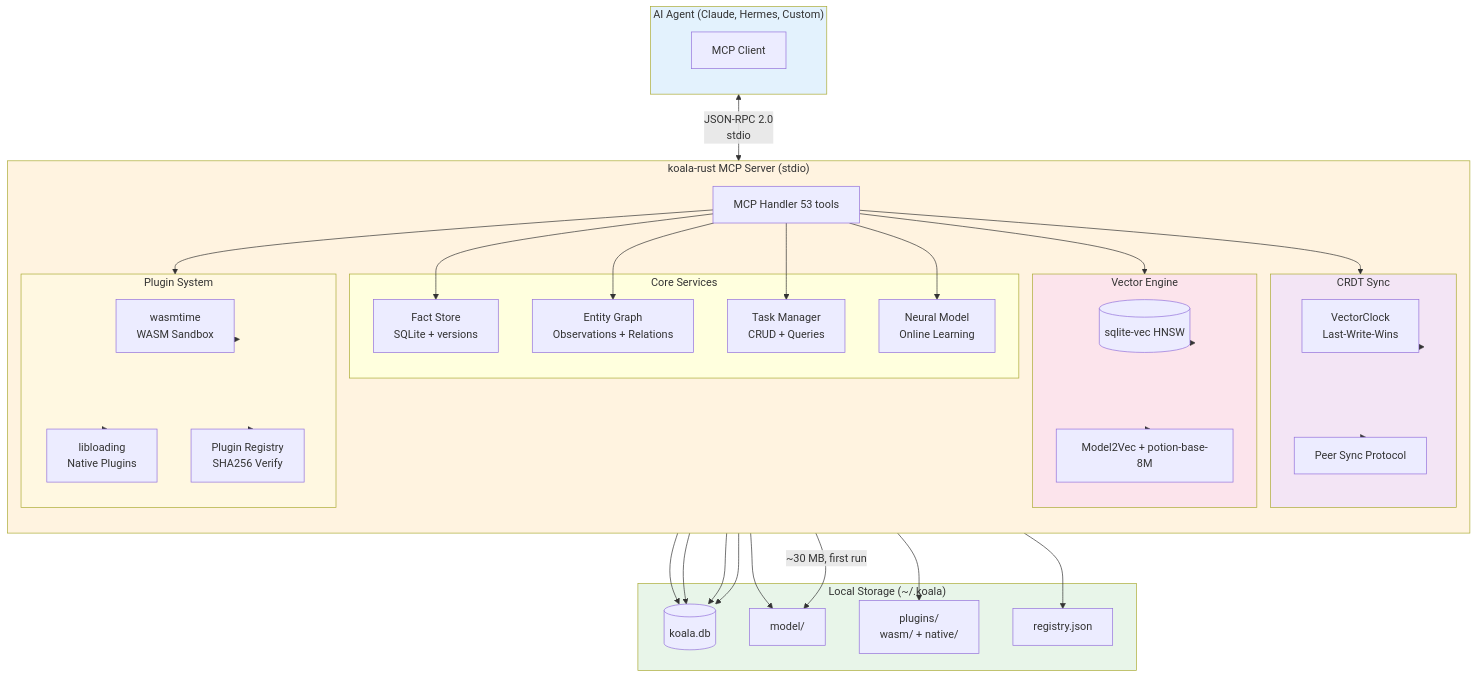
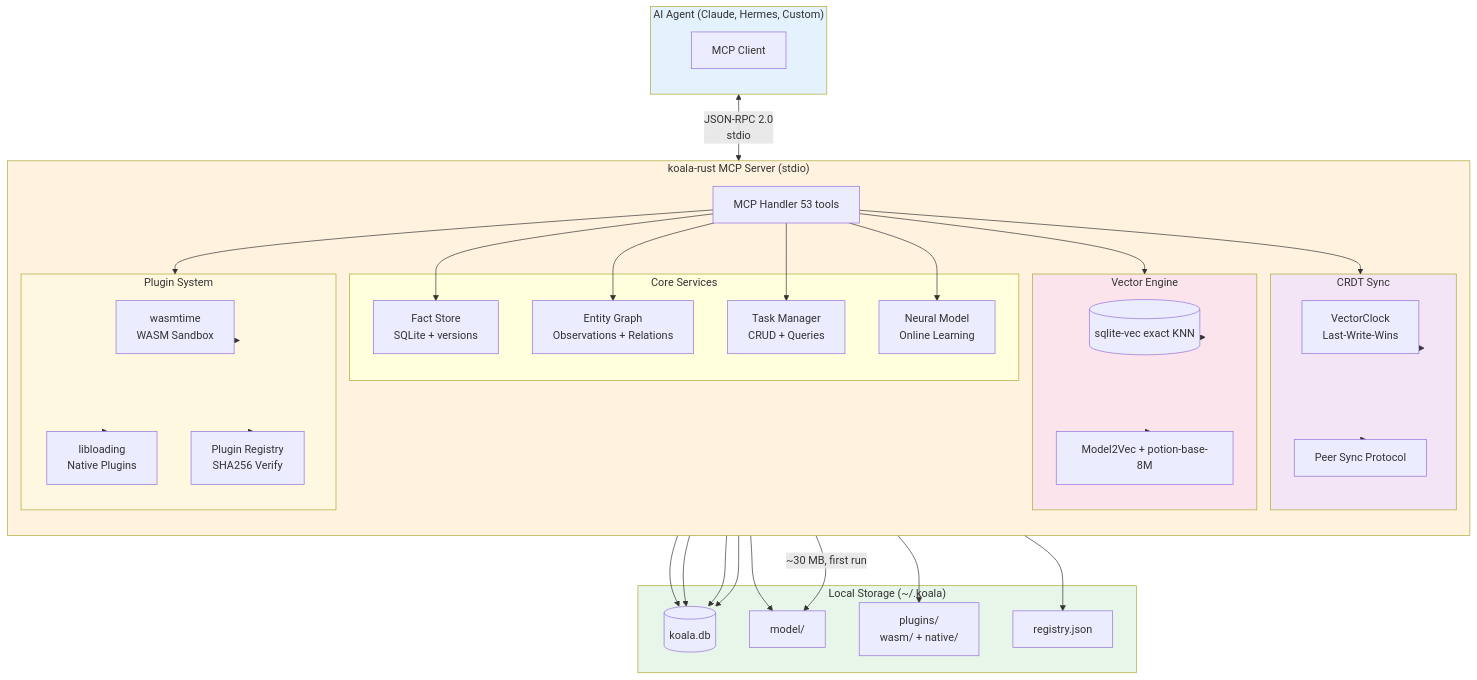
The diagram in README.md (dbillion/koala-rust), drawn with Mermaid before and after one commit. The commit also changed other lines of this file and 5 other files, not shown here.

````diff
--- a/README.md
+++ b/README.md
@@ -39,75 +39,75 @@
 ```mermaid
 flowchart TB
     subgraph Agent["AI Agent (Claude, Hermes, Custom)"]
         direction TB
         MCP_CLIENT[MCP Client]
     end
 
     subgraph Server["koala-rust MCP Server (stdio)"]
         direction TB
         MCP_HANDLER[MCP Handler 53 tools]
         
         subgraph Core["Core Services"]
             FACTS[Fact Store<br/>SQLite + versions]
             ENTITIES[Entity Graph<br/>Observations + Relations]
             TASKS[Task Manager<br/>CRUD + Queries]
             NEURAL[Neural Model<br/>Online Learning]
         end
         
         subgraph Vector["Vector Engine"]
-            SQLITE_VEC[(sqlite-vec HNSW)]
+            SQLITE_VEC[(sqlite-vec exact KNN)]
             EMBEDDINGS[Model2Vec + potion-base-8M]
         end
         
         subgraph Sync["CRDT Sync"]
             VECTOR_CLOCK[VectorClock<br/>Last-Write-Wins]
             PEER_SYNC[Peer Sync Protocol]
         end
         
         subgraph Plugins["Plugin System"]
             WASM_RUNTIME[wasmtime<br/>WASM Sandbox]
             NATIVE_LOADER[libloading<br/>Native Plugins]
             MARKETPLACE[Plugin Registry<br/>SHA256 Verify]
         end
     end
 
     subgraph Storage["Local Storage (~/.koala)"]
         KOALA_DB[(koala.db)]
         MODEL_DIR[model/]
         PLUGIN_DIR[plugins/<br/>wasm/ + native/]
         REGISTRY[registry.json]
     end
 
     MCP_CLIENT <-->|JSON-RPC 2.0<br/>stdio| MCP_HANDLER
     MCP_HANDLER --> FACTS
     MCP_HANDLER --> ENTITIES
     MCP_HANDLER --> TASKS
     MCP_HANDLER --> NEURAL
     MCP_HANDLER --> Vector
     MCP_HANDLER --> Sync
     MCP_HANDLER --> Plugins
     
     FACTS --> KOALA_DB
     ENTITIES --> KOALA_DB
     TASKS --> KOALA_DB
     NEURAL --> MODEL_DIR
     Vector --> SQLITE_VEC
     Vector --> EMBEDDINGS
     Sync --> VECTOR_CLOCK
     Sync --> PEER_SYNC
     Plugins --> WASM_RUNTIME
     Plugins --> NATIVE_LOADER
     Plugins --> MARKETPLACE
     Plugins --> PLUGIN_DIR
     MARKETPLACE --> REGISTRY
     
     SQLITE_VEC --> KOALA_DB
     EMBEDDINGS -->|~30 MB, first run| MODEL_DIR
 
     style Agent fill:#e3f2fd
     style Server fill:#fff3e0
     style Storage fill:#e8f5e9
     style Vector fill:#fce4ec
     style Sync fill:#f3e5f5
     style Plugins fill:#fff8e1
 ```
````
